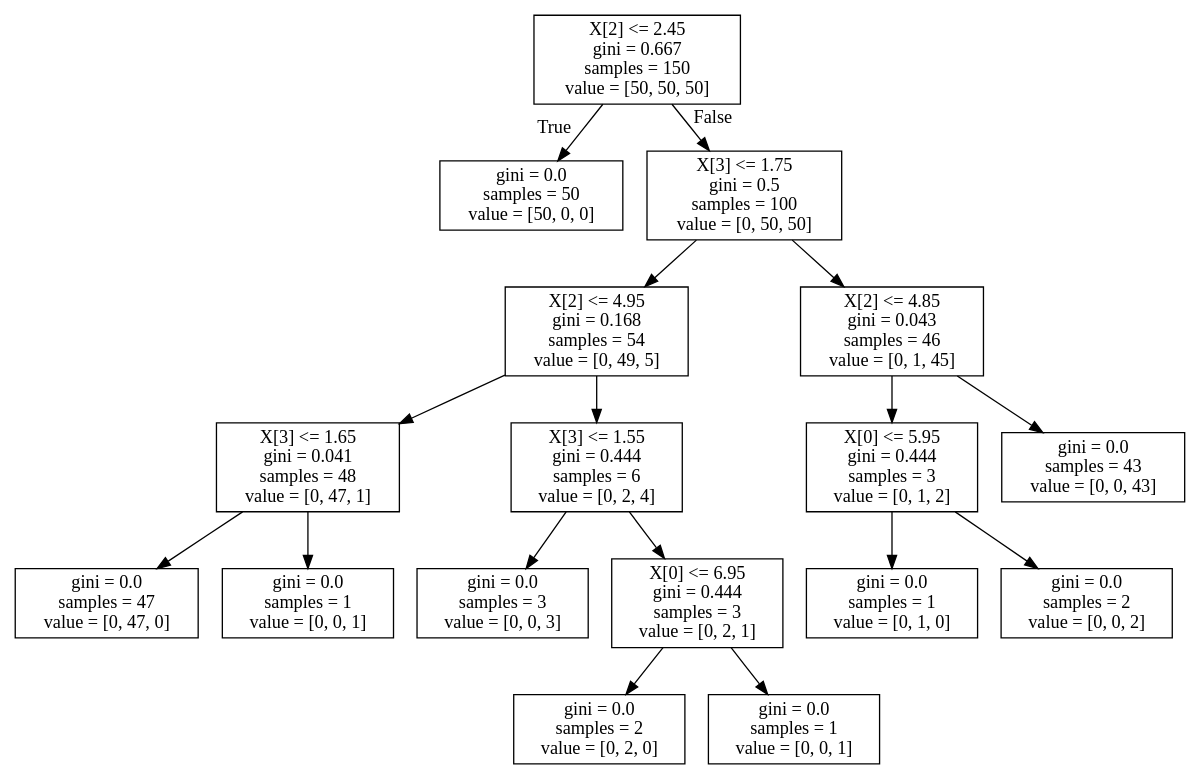
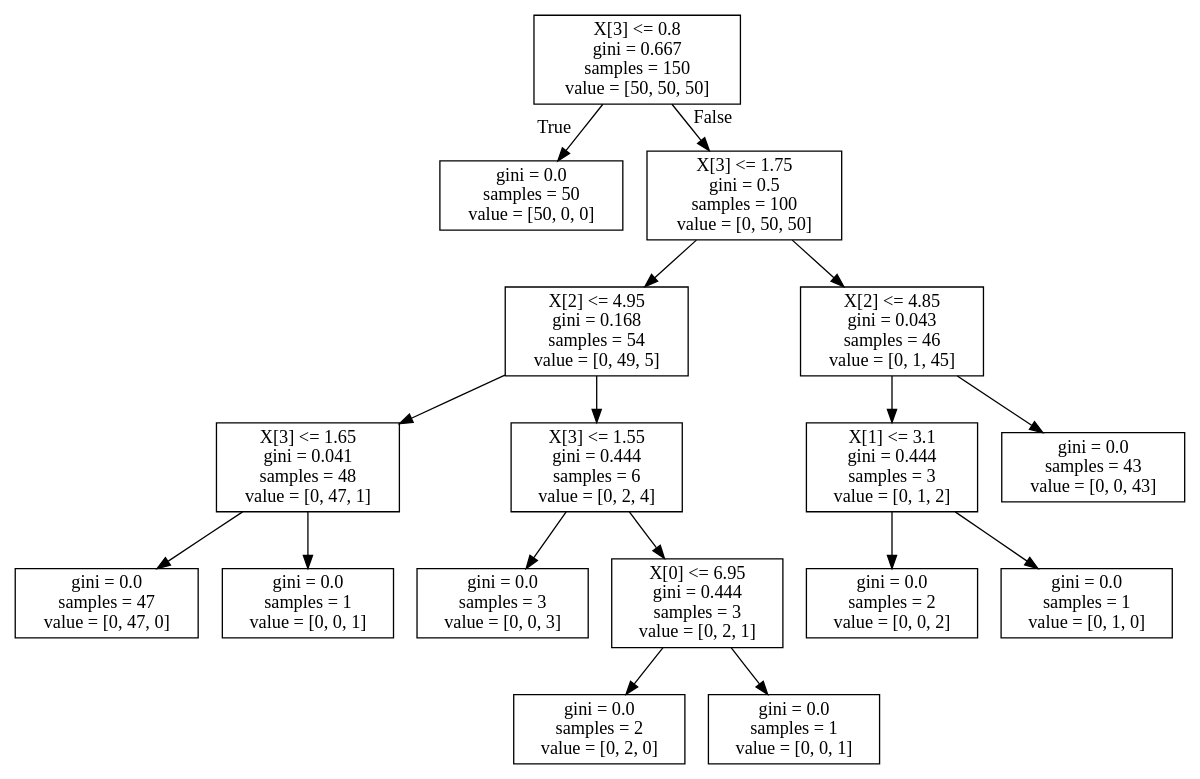
Before and after one commit to geraldzakwan/JupyterNotebookTask: the diagram in iris_tree_model.dot, drawn with Graphviz. The commit also changed 5 other files, not shown here.

```diff
--- a/iris_tree_model.dot
+++ b/iris_tree_model.dot
@@ -1,36 +1,36 @@
 digraph Tree {
 node [shape=box] ;
-0 [label="X[2] <= 2.45\ngini = 0.667\nsamples = 150\nvalue = [50, 50, 50]"] ;
+0 [label="X[3] <= 0.8\ngini = 0.667\nsamples = 150\nvalue = [50, 50, 50]"] ;
 1 [label="gini = 0.0\nsamples = 50\nvalue = [50, 0, 0]"] ;
 0 -> 1 [labeldistance=2.5, labelangle=45, headlabel="True"] ;
 2 [label="X[3] <= 1.75\ngini = 0.5\nsamples = 100\nvalue = [0, 50, 50]"] ;
 0 -> 2 [labeldistance=2.5, labelangle=-45, headlabel="False"] ;
 3 [label="X[2] <= 4.95\ngini = 0.168\nsamples = 54\nvalue = [0, 49, 5]"] ;
 2 -> 3 ;
 4 [label="X[3] <= 1.65\ngini = 0.041\nsamples = 48\nvalue = [0, 47, 1]"] ;
 3 -> 4 ;
 5 [label="gini = 0.0\nsamples = 47\nvalue = [0, 47, 0]"] ;
 4 -> 5 ;
 6 [label="gini = 0.0\nsamples = 1\nvalue = [0, 0, 1]"] ;
 4 -> 6 ;
 7 [label="X[3] <= 1.55\ngini = 0.444\nsamples = 6\nvalue = [0, 2, 4]"] ;
 3 -> 7 ;
 8 [label="gini = 0.0\nsamples = 3\nvalue = [0, 0, 3]"] ;
 7 -> 8 ;
 9 [label="X[0] <= 6.95\ngini = 0.444\nsamples = 3\nvalue = [0, 2, 1]"] ;
 7 -> 9 ;
 10 [label="gini = 0.0\nsamples = 2\nvalue = [0, 2, 0]"] ;
 9 -> 10 ;
 11 [label="gini = 0.0\nsamples = 1\nvalue = [0, 0, 1]"] ;
 9 -> 11 ;
 12 [label="X[2] <= 4.85\ngini = 0.043\nsamples = 46\nvalue = [0, 1, 45]"] ;
 2 -> 12 ;
-13 [label="X[0] <= 5.95\ngini = 0.444\nsamples = 3\nvalue = [0, 1, 2]"] ;
+13 [label="X[1] <= 3.1\ngini = 0.444\nsamples = 3\nvalue = [0, 1, 2]"] ;
 12 -> 13 ;
-14 [label="gini = 0.0\nsamples = 1\nvalue = [0, 1, 0]"] ;
+14 [label="gini = 0.0\nsamples = 2\nvalue = [0, 0, 2]"] ;
 13 -> 14 ;
-15 [label="gini = 0.0\nsamples = 2\nvalue = [0, 0, 2]"] ;
+15 [label="gini = 0.0\nsamples = 1\nvalue = [0, 1, 0]"] ;
 13 -> 15 ;
 16 [label="gini = 0.0\nsamples = 43\nvalue = [0, 0, 43]"] ;
 12 -> 16 ;
 }
```
